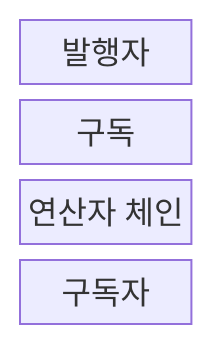
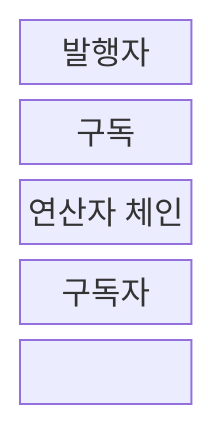
The first of 2 diagrams in src/content/docs/notes/03-software/027_reactive_programming.md (agnusdei1207/knowledge-base), drawn with Mermaid before and after one commit. The commit also changed other lines of this file and 238 other files, not shown here.

````diff
--- a/src/content/docs/notes/03-software/027_reactive_programming.md
+++ b/src/content/docs/notes/03-software/027_reactive_programming.md
@@ -66,8 +66,10 @@
 ```mermaid
-block
+block-beta
   columns 1
   P["발행자"]
   U["구독"]
   O["연산자 체인"]
   C["구독자"]
+  P --- U --- C
+  P --- O --- C
 ```
````
